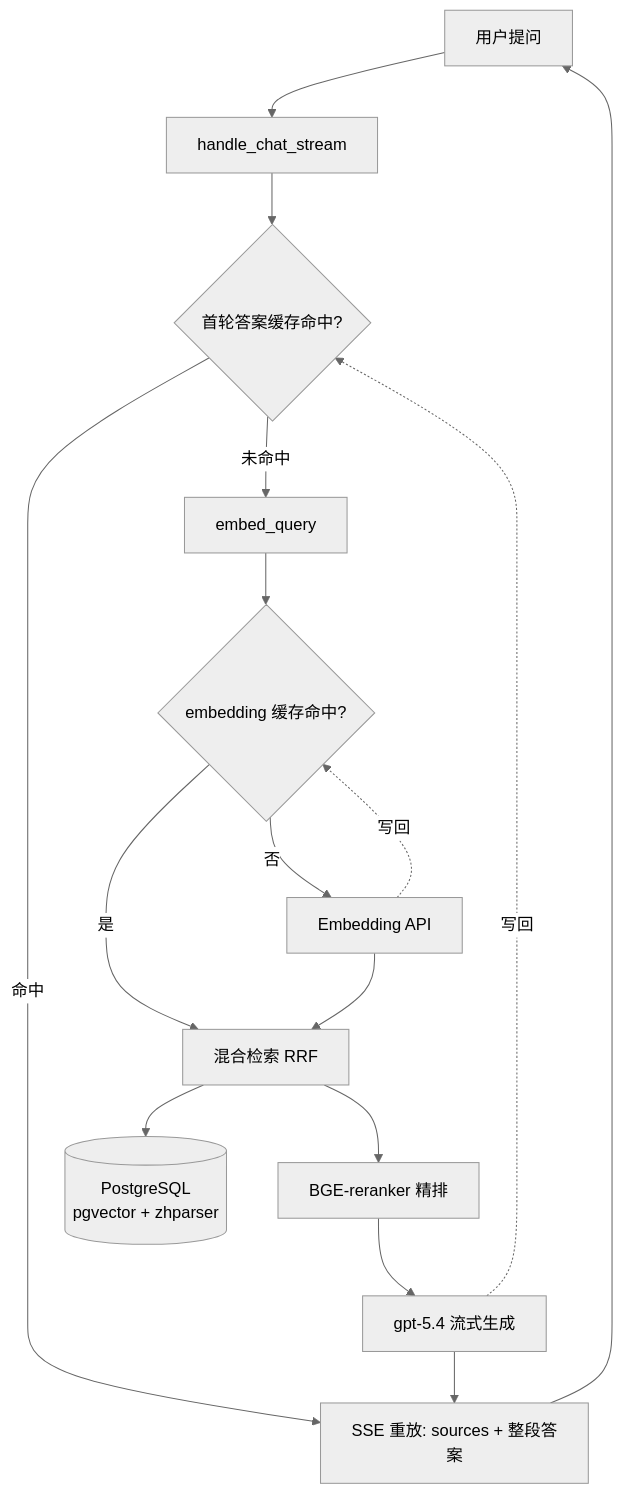
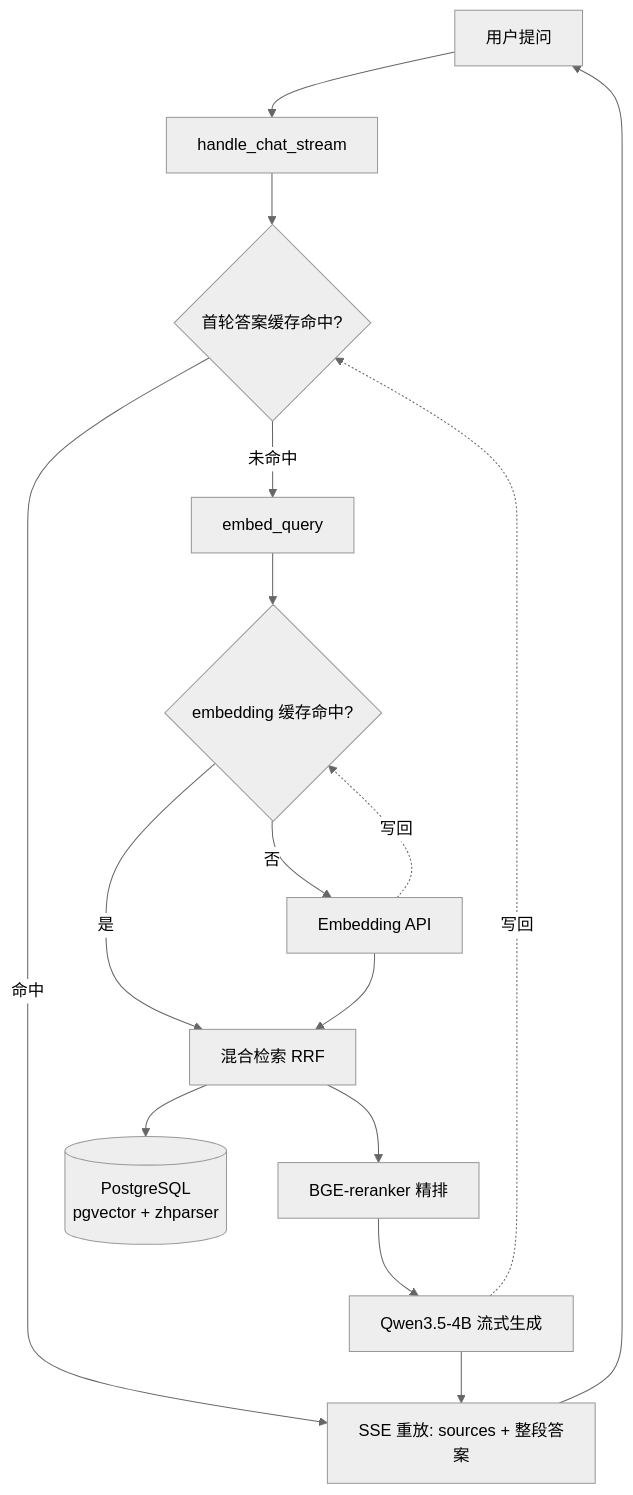
The first of 2 diagrams in 0607-rag-service/README.md (BryanLi93/ai-practise), drawn with Mermaid (neutral theme) before and after one commit. The commit also changed other lines of this file and 23 other files, not shown here.

````diff
--- a/0607-rag-service/README.md
+++ b/0607-rag-service/README.md
@@ -28,16 +28,16 @@
 ```mermaid
 flowchart TD
     U[用户提问] --> H[handle_chat_stream]
     H --> AC{首轮答案缓存命中?}
     AC -->|命中| OUT[SSE 重放: sources + 整段答案]
     AC -->|未命中| EMB[embed_query]
     EMB --> EC{embedding 缓存命中?}
     EC -->|是| RET
     EC -->|否| EAPI[Embedding API] --> RET
     RET[混合检索 RRF] --> PG[(PostgreSQL<br/>pgvector + zhparser)]
     RET --> RANK[BGE-reranker 精排]
-    RANK --> GEN[gpt-5.4 流式生成]
+    RANK --> GEN[Qwen3.5-4B 流式生成]
     GEN --> OUT --> U
     GEN -. 写回 .-> AC
     EAPI -. 写回 .-> EC
 ```
````
